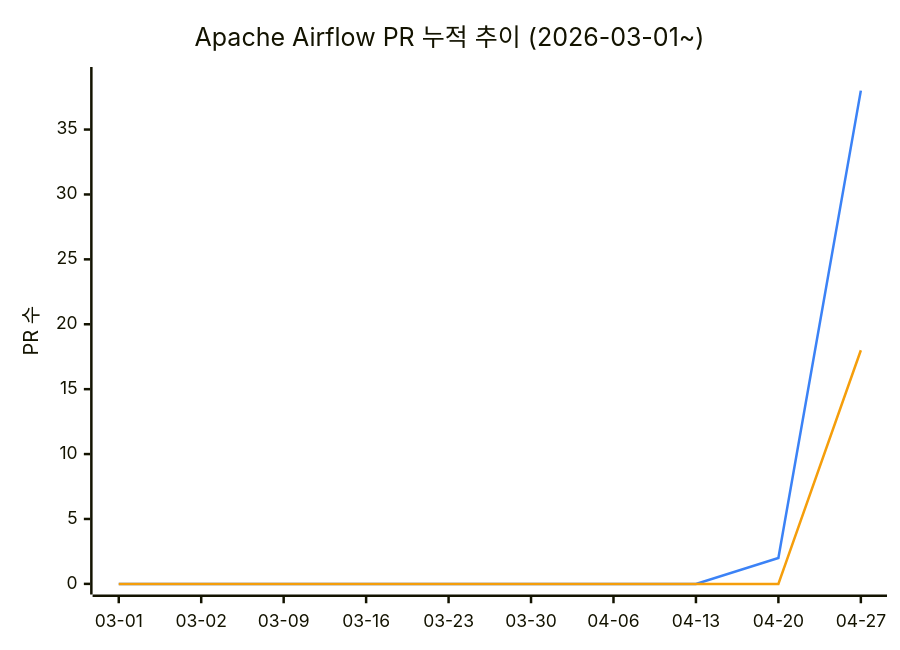
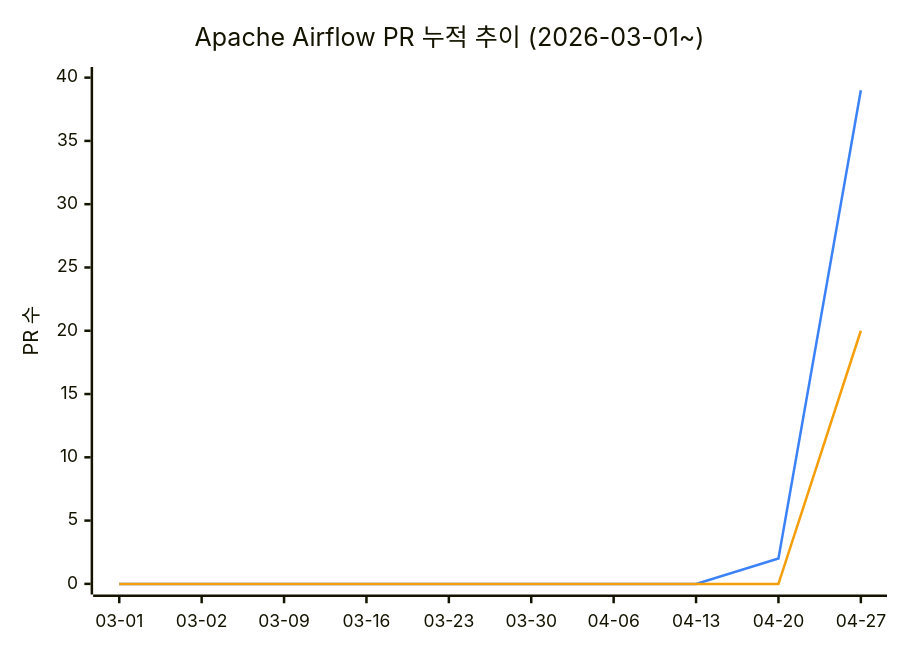
One commit to AirflowKorea/ossca changed the diagram in README.md. Above: the diagram before and after it, drawn with Mermaid. The commit also changed other lines of this file, not shown here.

````diff
--- a/README.md
+++ b/README.md
@@ -11,9 +11,9 @@
 ```mermaid
 %%{init: {"themeVariables": {"xyChart": {"plotColorPalette": "#3b82f6, #f59e0b"}}}}%%
 xychart-beta
     title "Apache Airflow PR 누적 추이 (2026-03-01~)"
     x-axis ["03-01", "03-02", "03-09", "03-16", "03-23", "03-30", "04-06", "04-13", "04-20", "04-27"]
-    y-axis "PR 수" 0 --> 39
-    line [0, 0, 0, 0, 0, 0, 0, 0, 2, 38]
-    line [0, 0, 0, 0, 0, 0, 0, 0, 0, 18]
+    y-axis "PR 수" 0 --> 40
+    line [0, 0, 0, 0, 0, 0, 0, 0, 2, 39]
+    line [0, 0, 0, 0, 0, 0, 0, 0, 0, 20]
 ```
````
